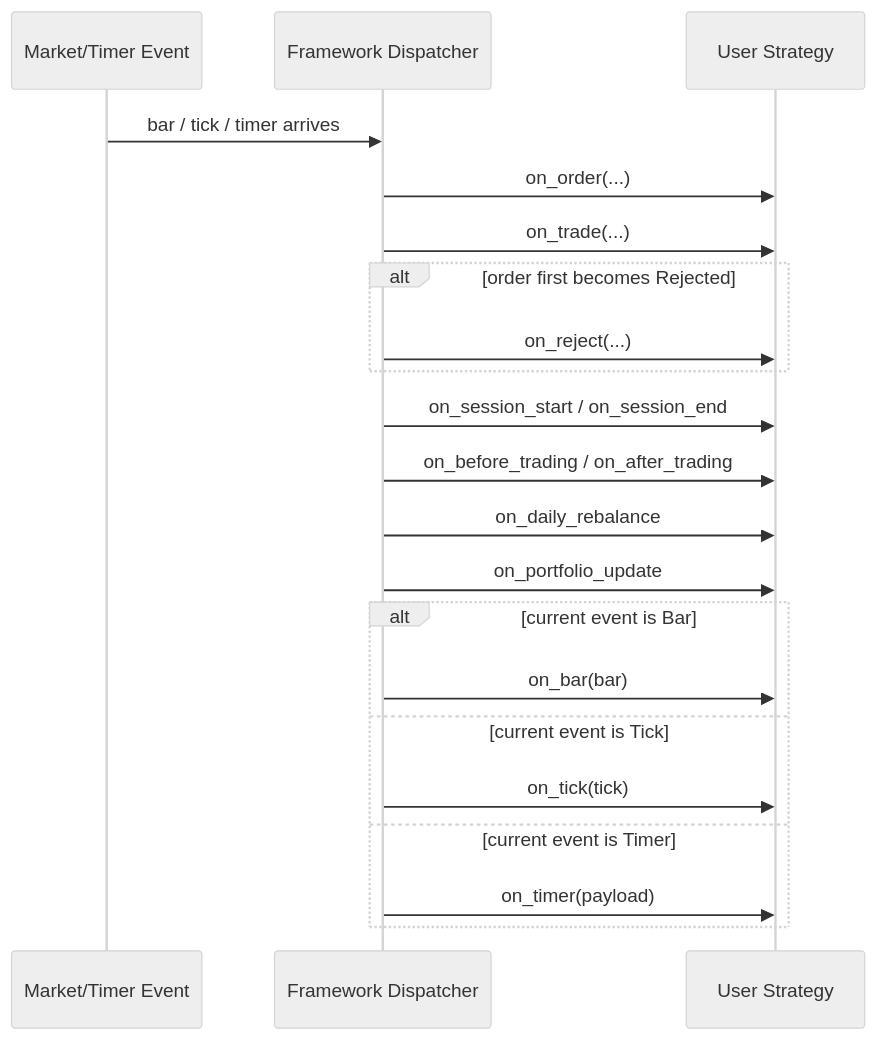
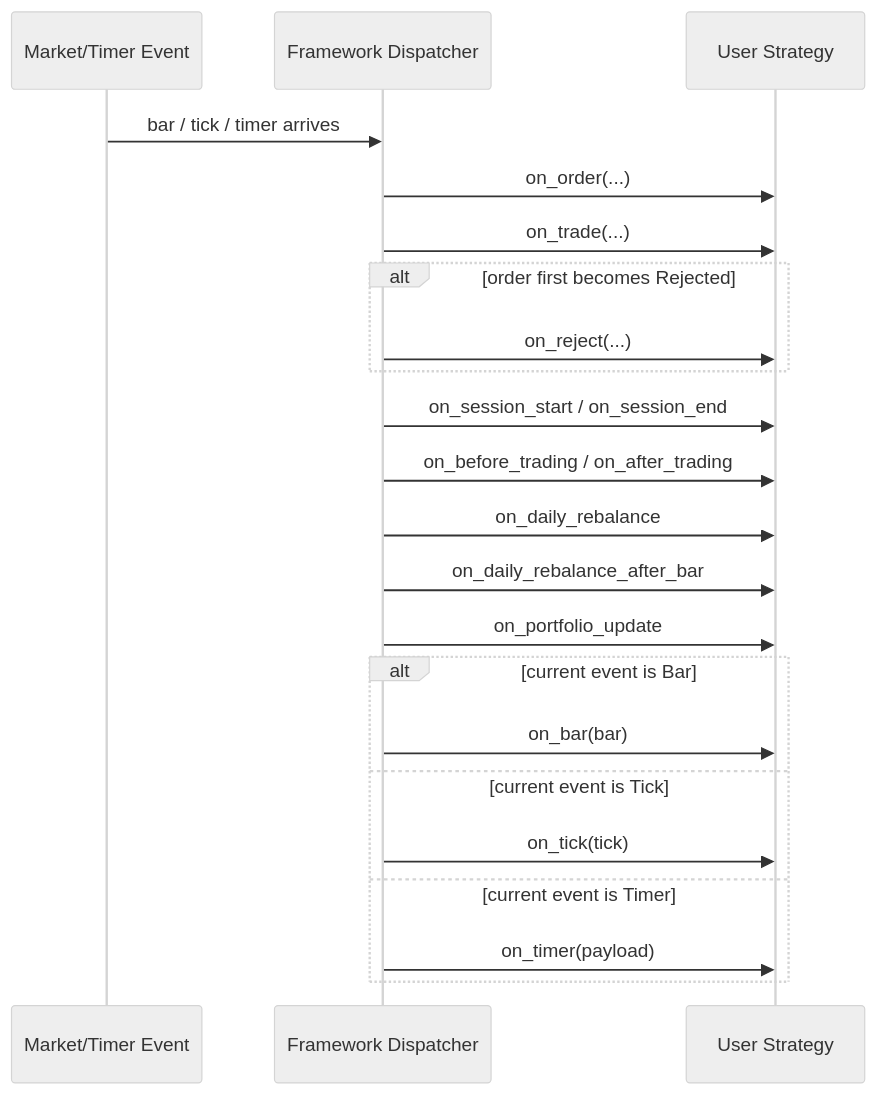
One commit to AKS1st/akquant changed the first of 2 diagrams in docs/en/guide/strategy.md. Above: the diagram before and after it, drawn with Mermaid (neutral theme). The commit also changed other lines of this file and 25 other files, not shown here.

First line of the commit message:
feat(strategy, framework): 新增on_daily_rebalance_after_bar调仓回调

````diff
--- a/docs/en/guide/strategy.md
+++ b/docs/en/guide/strategy.md
@@ -96,24 +98,25 @@
 ```mermaid
 sequenceDiagram
     participant Feed as Market/Timer Event
     participant FW as Framework Dispatcher
     participant Strategy as User Strategy
 
     Feed->>FW: bar / tick / timer arrives
     FW->>Strategy: on_order(...)
     FW->>Strategy: on_trade(...)
     alt order first becomes Rejected
         FW->>Strategy: on_reject(...)
     end
     FW->>Strategy: on_session_start / on_session_end
     FW->>Strategy: on_before_trading / on_after_trading
     FW->>Strategy: on_daily_rebalance
+    FW->>Strategy: on_daily_rebalance_after_bar
     FW->>Strategy: on_portfolio_update
     alt current event is Bar
         FW->>Strategy: on_bar(bar)
     else current event is Tick
         FW->>Strategy: on_tick(tick)
     else current event is Timer
         FW->>Strategy: on_timer(payload)
     end
 ```
````
